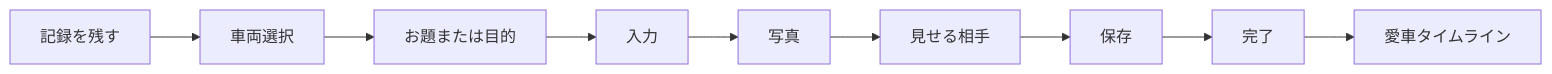
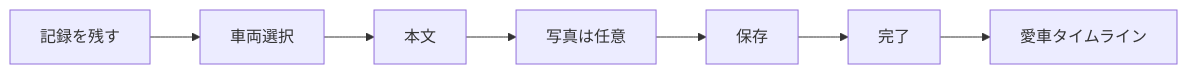
Before and after one commit to noah1976/mechori: the second of 6 diagrams in docs/ux/USER_FLOWS.md, drawn with Mermaid. The commit also changed other lines of this file and 12 other files, not shown here.

````diff
--- a/docs/ux/USER_FLOWS.md
+++ b/docs/ux/USER_FLOWS.md
@@ -37,11 +37,9 @@
 ```mermaid
 flowchart LR
   A[記録を残す] --> B[車両選択]
-  B --> C[お題または目的]
-  C --> D[入力]
-  D --> E[写真]
-  E --> F[見せる相手]
-  F --> G[保存]
-  G --> H[完了]
-  H --> I[愛車タイムライン]
+  B --> C[本文]
+  C --> D[写真は任意]
+  D --> E[保存]
+  E --> F[完了]
+  F --> G[愛車タイムライン]
 ```
````
